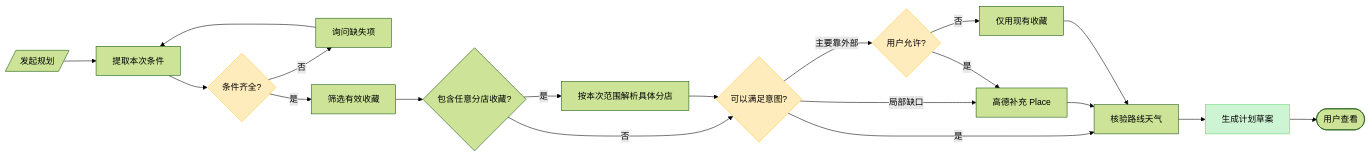
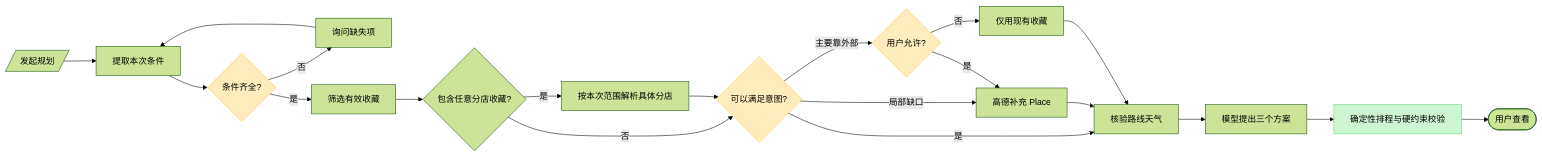
The third of 6 diagrams in docs/product/拾光_核心用户流程_v1.0.md (Zachary2z/Shiguang-Agent), drawn with Mermaid (forest theme) before and after one commit. The commit also changed other lines of this file and 4 other files, not shown here.

````diff
--- a/docs/product/拾光_核心用户流程_v1.0.md
+++ b/docs/product/拾光_核心用户流程_v1.0.md
@@ -242,27 +244,28 @@
 ```mermaid
 flowchart LR
     request[/发起规划/]
     request --> extract[提取本次条件]
     extract --> required{条件齐全?}
     required -->|否| ask[询问缺失项]
     ask --> extract
     required -->|是| filter[筛选有效收藏]
     filter --> flexible{包含任意分店收藏?}
     flexible -->|是| resolveBranch[按本次范围解析具体分店]
     flexible -->|否| enough{可以满足意图?}
     resolveBranch --> enough
     enough -->|是| verify[核验路线天气]
     enough -->|局部缺口| placeSearch[高德补充 Place]
     enough -->|主要靠外部| permission{用户允许?}
     permission -->|是| placeSearch
     permission -->|否| collectionOnly[仅用现有收藏]
     placeSearch --> verify
     collectionOnly --> verify
-    verify --> draft[生成计划草案]
+    verify --> propose[模型提出三个方案]
+    propose --> draft[确定性排程与硬约束校验]
     draft --> review([用户查看])
 
     style required fill:#FFECBD,stroke:#FFC943
     style enough fill:#FFECBD,stroke:#FFC943
     style permission fill:#FFECBD,stroke:#FFC943
     style draft fill:#CDF4D3,stroke:#66D575
 ```
````
